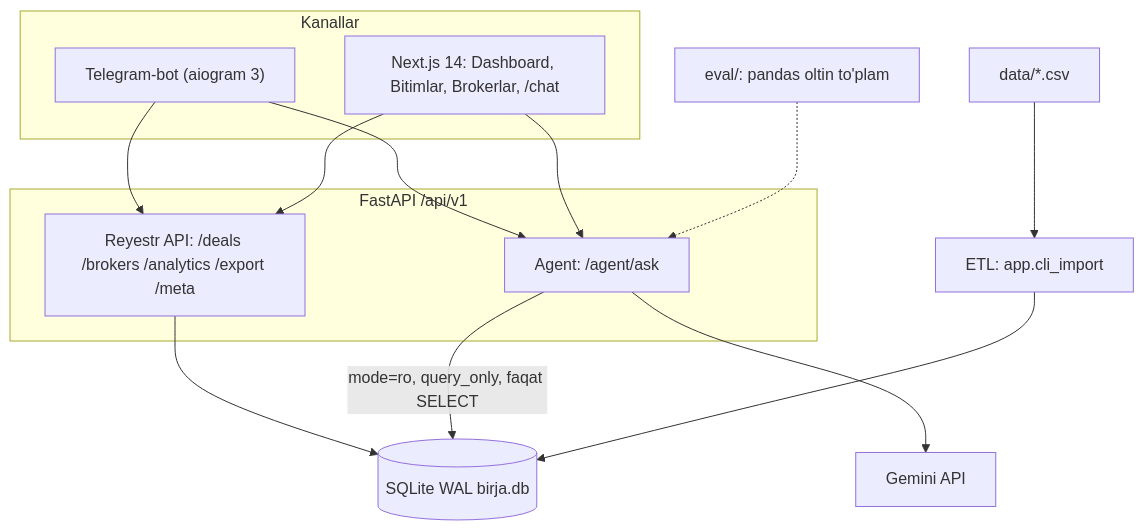
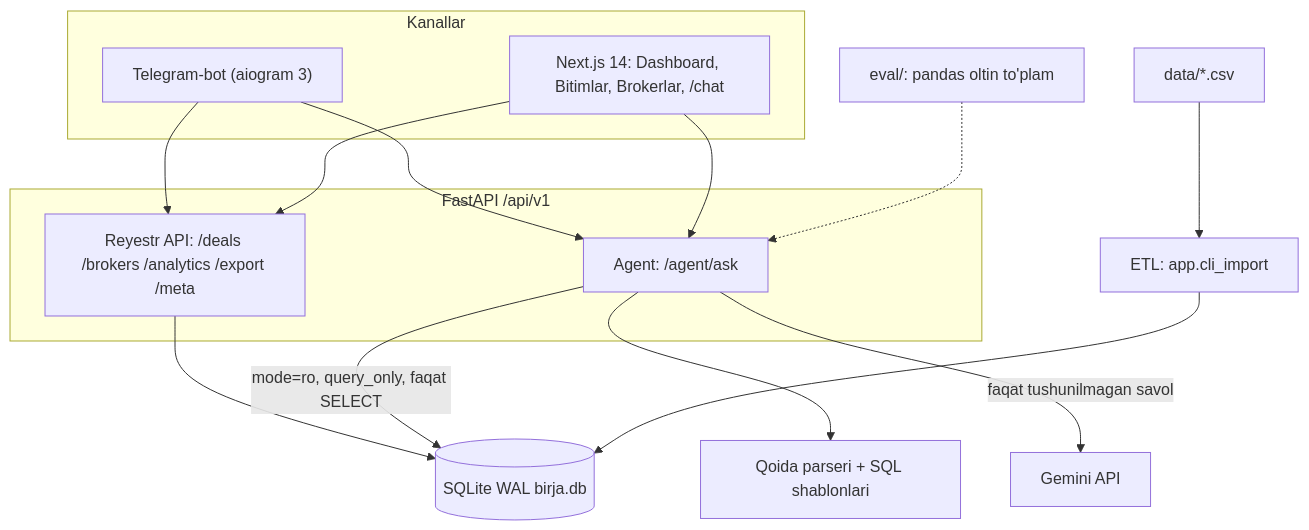
One commit to devAsliddin/uzex-birja-ai-agent changed the first of 2 diagrams in docs/TECHNICAL.md. Above: the diagram before and after it, drawn with Mermaid. The commit also changed other lines of this file and 3 other files, not shown here.

````diff
--- a/docs/TECHNICAL.md
+++ b/docs/TECHNICAL.md
@@ -17,21 +18,22 @@
 ```mermaid
 flowchart TB
     subgraph Kanallar
       TG["Telegram-bot (aiogram 3)"]
       WEB["Next.js 14: Dashboard, Bitimlar, Brokerlar, /chat"]
     end
     subgraph Backend["FastAPI /api/v1"]
       REST["Reyestr API: /deals /brokers /analytics /export /meta"]
       AGENT["Agent: /agent/ask"]
     end
     TG --> REST
     TG --> AGENT
     WEB --> REST
     WEB --> AGENT
     REST --> DB[("SQLite WAL birja.db")]
     AGENT -->|"mode=ro, query_only, faqat SELECT"| DB
-    AGENT --> GEM["Gemini API"]
+    AGENT --> RULES["Qoida parseri + SQL shablonlari"]
+    AGENT -->|faqat tushunilmagan savol| GEM["Gemini API"]
     ETL["ETL: app.cli_import"] --> DB
     CSV["data/*.csv"] --> ETL
     EVAL["eval/: pandas oltin to'plam"] -.-> AGENT
 ```
````
